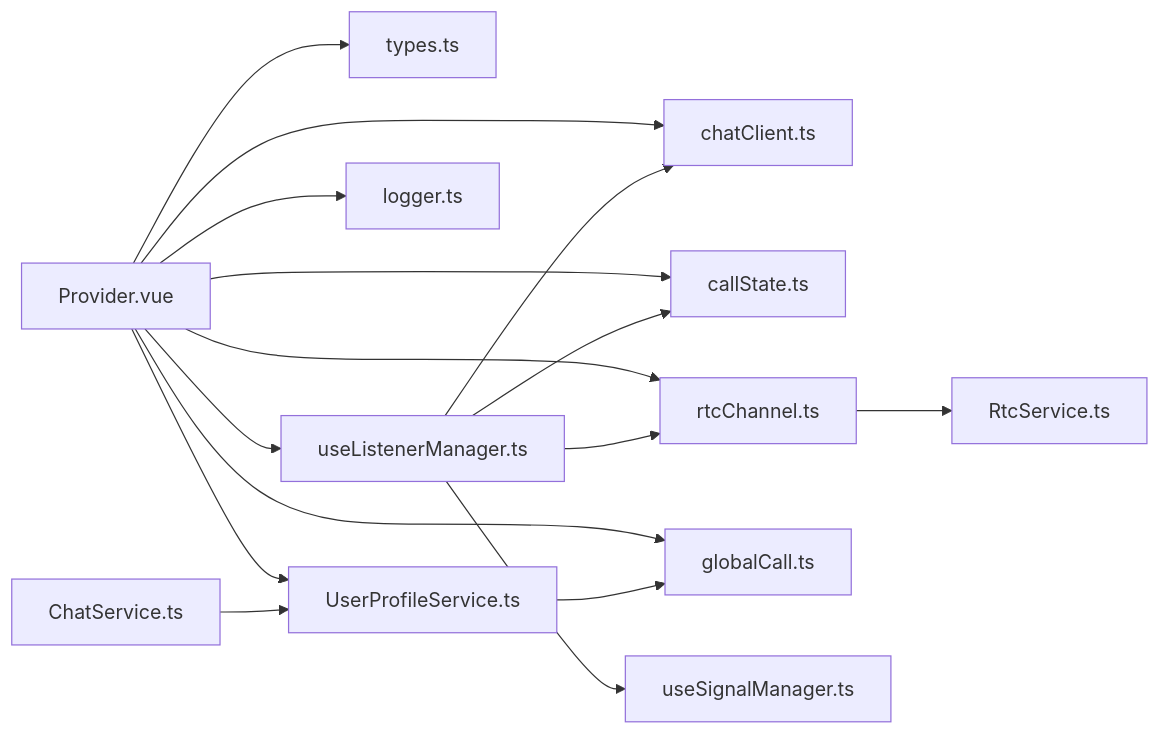
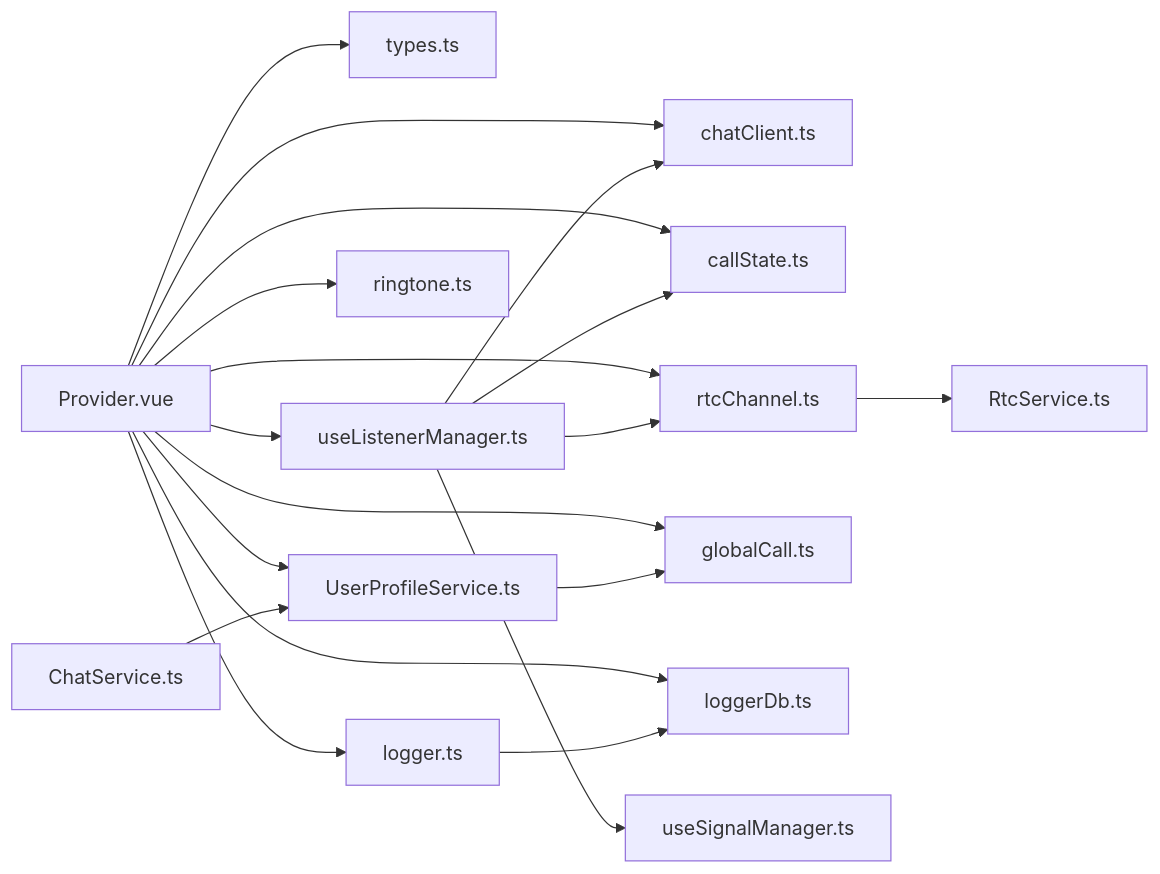
Before and after one commit to Easemob-Community/easemob-uikit-callkit-vue3: the fifth of 5 diagrams in .qoder/repowiki/zh/content/核心组件/Provider 组件.md, drawn with Mermaid. The commit also changed other lines of this file and 58 other files, not shown here.

````diff
--- a/.qoder/repowiki/zh/content/核心组件/Provider 组件.md
+++ b/.qoder/repowiki/zh/content/核心组件/Provider 组件.md
@@ -346,18 +450,21 @@
 ```mermaid
 graph LR
 Provider["Provider.vue"] --> Types["types.ts"]
 Provider --> ChatStore["chatClient.ts"]
 Provider --> CallState["callState.ts"]
 Provider --> RtcStore["rtcChannel.ts"]
 Provider --> GlobalStore["globalCall.ts"]
 Provider --> ListenerMgr["useListenerManager.ts"]
 Provider --> Logger["logger.ts"]
+Provider --> Ringtone["ringtone.ts"]
 Provider --> UserProfileSvc["UserProfileService.ts"]
+Provider --> LogDB["loggerDb.ts"]
 ListenerMgr --> ChatStore
 ListenerMgr --> CallState
 ListenerMgr --> RtcStore
 ListenerMgr --> SignalMgr["useSignalManager.ts"]
 RtcStore --> RtcSvc["RtcService.ts"]
 UserProfileSvc --> GlobalStore
 ChatSvc["ChatService.ts"] --> UserProfileSvc
+Logger --> LogDB
 ```
````
